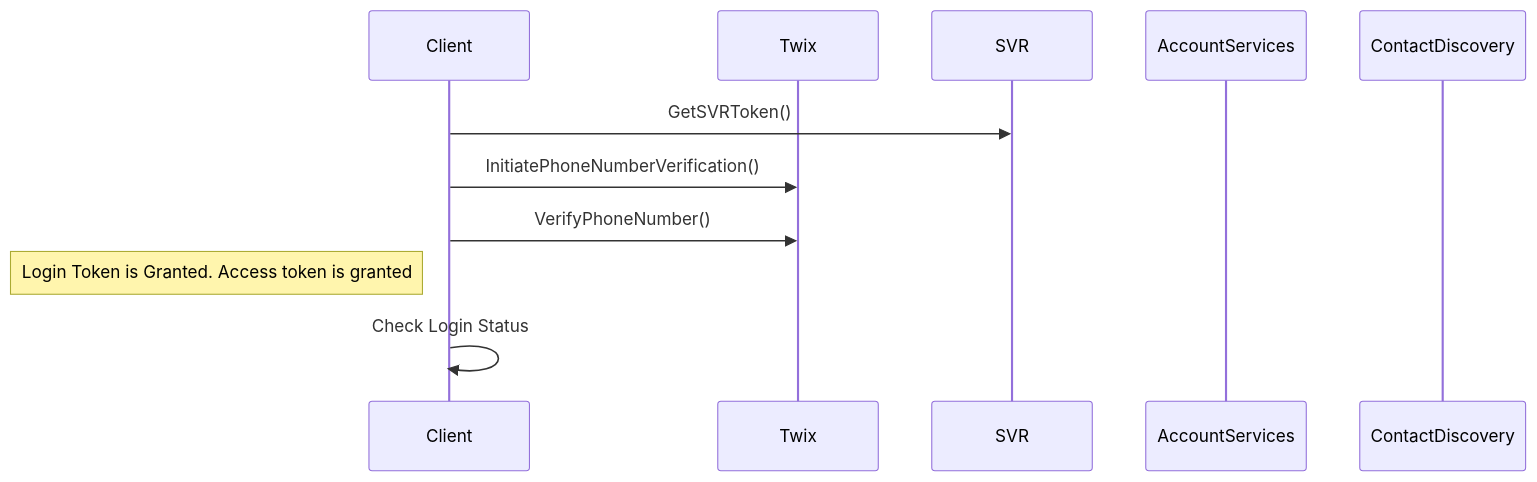
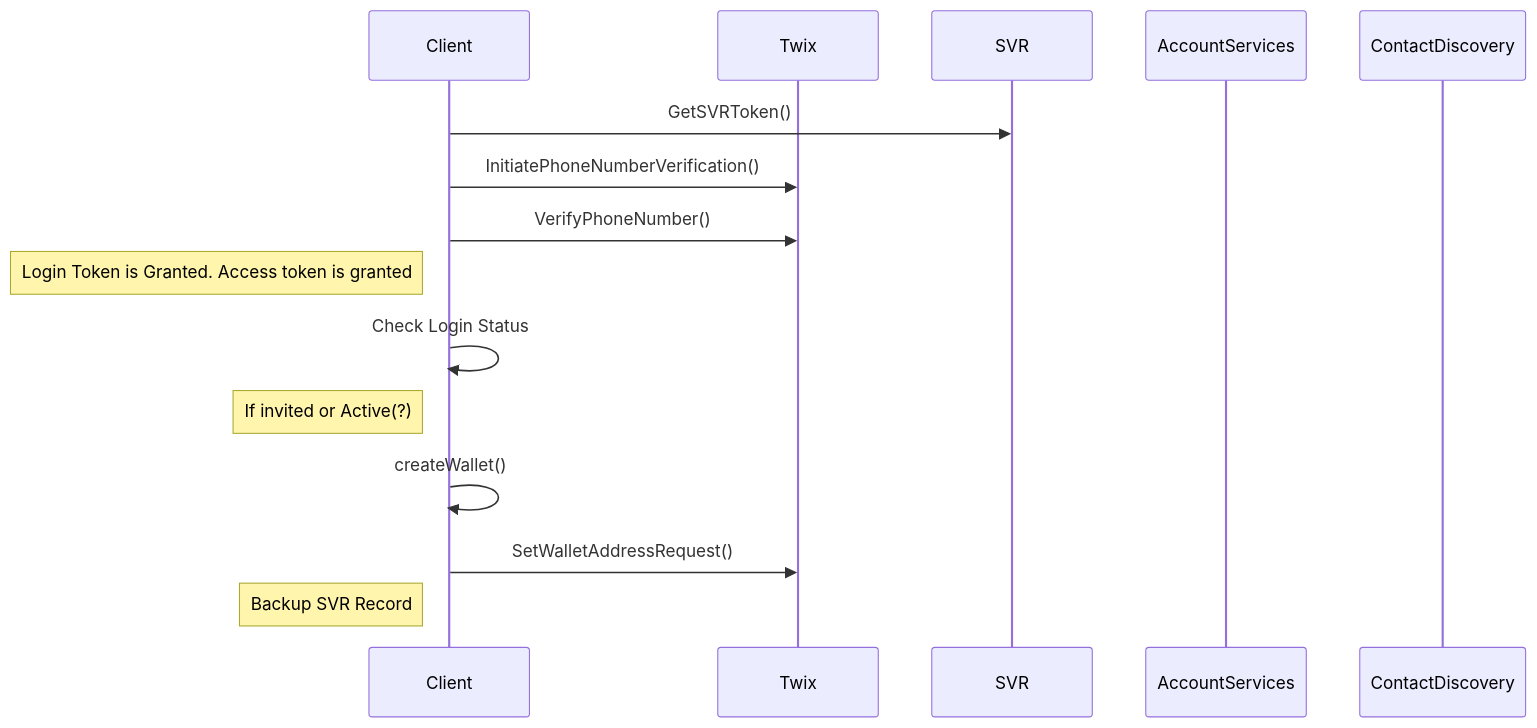
Before and after one commit to trunkafunk/trunkafunk: the first of 2 diagrams in testfile.MD, drawn with Mermaid. The commit also changed other lines of this file, not shown here.

````diff
--- a/testfile.MD
+++ b/testfile.MD
@@ -4,19 +4,23 @@
 ```mermaid
 sequenceDiagram
     participant Client
     participant Twix
     participant SVR
     Client->>SVR: GetSVRToken()
     Client->>Twix: InitiatePhoneNumberVerification() 
     Client->>Twix: VerifyPhoneNumber()
     
     Note left of Client: Login Token is Granted. Access token is granted
     Client->>Client: Check Login Status
-    
+    Note left of Client: If invited or Active(?)
+    Client->>Client: createWallet()
+
+    Client->>Twix:SetWalletAddressRequest()
+    Note left of Client: Backup SVR Record    
     
     participant AccountServices
     participant ContactDiscovery
     
 
 
 ```
````
